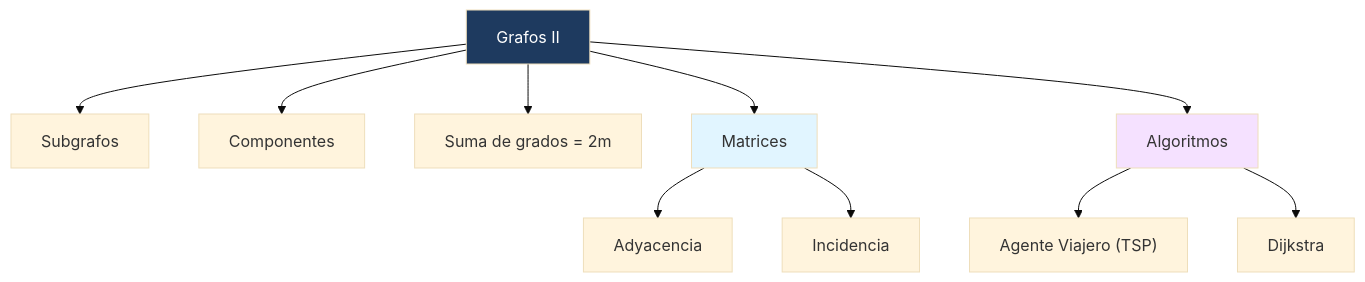
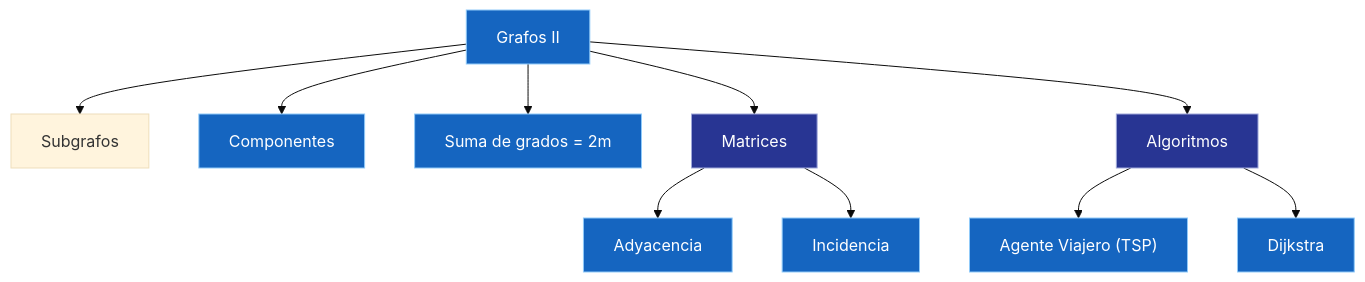
The second of 2 diagrams in src/site/notes/Universidad/3er Semestre/Matemáticas Discretas/Unidad 5 - Grafos y Árboles/02 - Grafos II - Subgrafos, Matrices y Algoritmos.md (Fsteven22/Notas-ESPOL), drawn with Mermaid (base theme) before and after one commit. The commit also changed other lines of this file and 79 other files, not shown here.

````diff
--- a/src/site/notes/Universidad/3er Semestre/Matemáticas Discretas/Unidad 5 - Grafos y Árboles/02 - Grafos II - Subgrafos, Matrices y Algoritmos.md
+++ b/src/site/notes/Universidad/3er Semestre/Matemáticas Discretas/Unidad 5 - Grafos y Árboles/02 - Grafos II - Subgrafos, Matrices y Algoritmos.md
@@ -247,16 +263,22 @@
 ```mermaid
 graph TD
     A["Grafos II"] --> B["Subgrafos"]
     A --> C["Componentes"]
     A --> D["Suma de grados = 2m"]
     A --> E["Matrices"]
     E --> F["Adyacencia"]
     E --> G["Incidencia"]
     A --> H["Algoritmos"]
     H --> I["Agente Viajero (TSP)"]
     H --> J["Dijkstra"]
+    style A fill:#1565C0,color:#FFFFFF,stroke:#90CAF9,stroke-width:1px
+    style C fill:#1565C0,color:#FFFFFF,stroke:#90CAF9,stroke-width:1px
+    style D fill:#1565C0,color:#FFFFFF,stroke:#90CAF9,stroke-width:1px
+    style E fill:#283593,color:#FFFFFF,stroke:#9FA8DA,stroke-width:1px
+    style F fill:#1565C0,color:#FFFFFF,stroke:#90CAF9,stroke-width:1px
+    style G fill:#1565C0,color:#FFFFFF,stroke:#90CAF9,stroke-width:1px
+    style H fill:#283593,color:#FFFFFF,stroke:#9FA8DA,stroke-width:1px
+    style I fill:#1565C0,color:#FFFFFF,stroke:#90CAF9,stroke-width:1px
+    style J fill:#1565C0,color:#FFFFFF,stroke:#90CAF9,stroke-width:1px
 
-    style A fill:#1e3a5f,color:#fff
-    style E fill:#e1f5ff
-    style H fill:#f5e1ff
 ```
````
